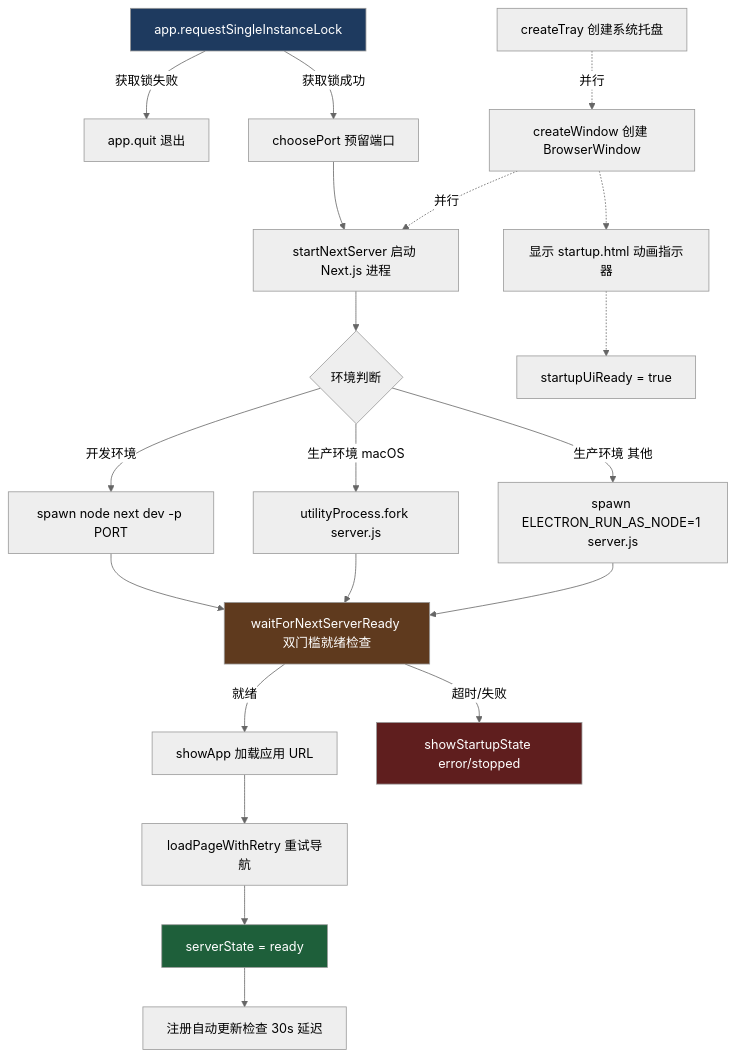
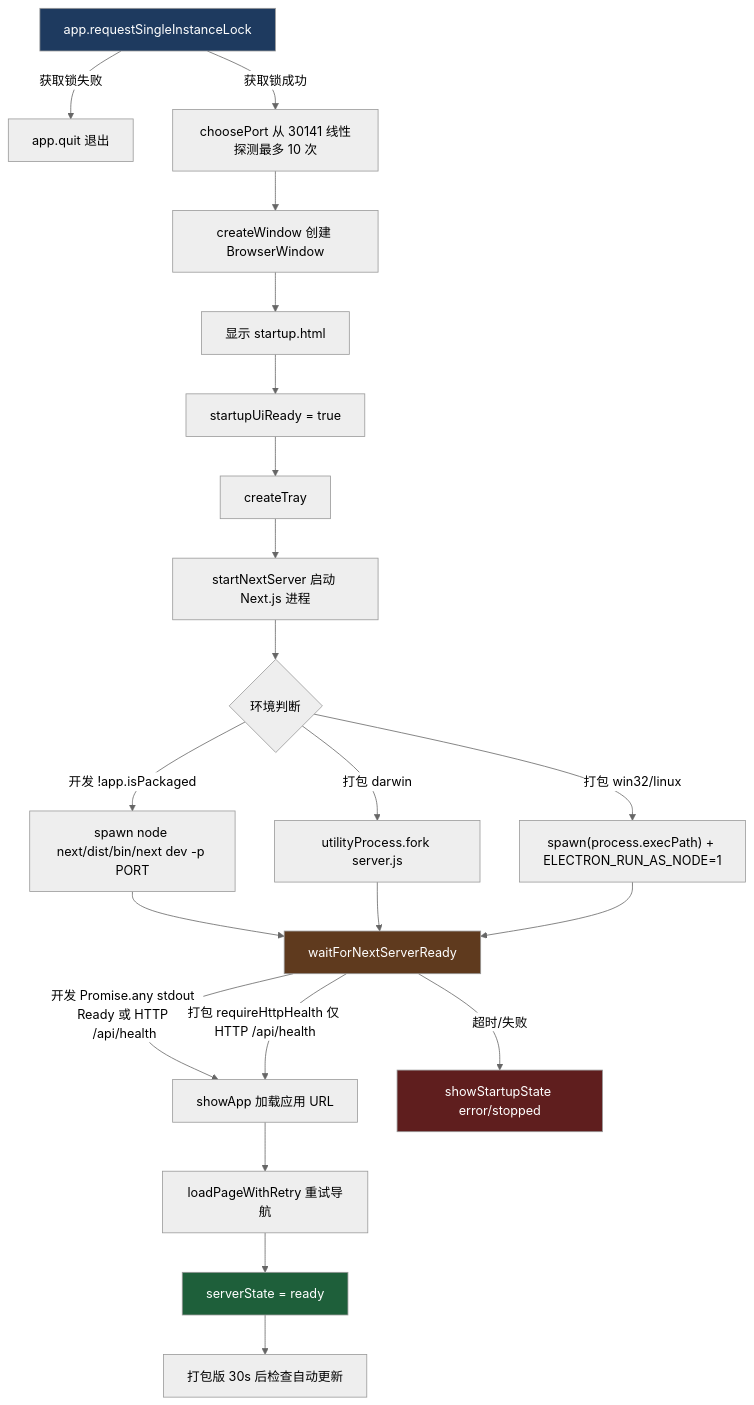
Before and after one commit to Chasen-Liao/pi-agent-desktop: the diagram in .zread/wiki/versions/2026-10-06-001245/10-electron-zhu-jin-cheng-qi-dong-lian-yu-shuang-men-jian-jiu-xu-jian-cha.md, drawn with Mermaid (neutral theme). The commit also changed other lines of this file and 29 other files, not shown here.

First line of the commit message:
docs(wiki): align zread wiki with main architecture

````diff
--- a/.zread/wiki/versions/2026-10-06-001245/10-electron-zhu-jin-cheng-qi-dong-lian-yu-shuang-men-jian-jiu-xu-jian-cha.md
+++ b/.zread/wiki/versions/2026-10-06-001245/10-electron-zhu-jin-cheng-qi-dong-lian-yu-shuang-men-jian-jiu-xu-jian-cha.md
@@ -9,29 +9,28 @@
 ```mermaid
 flowchart TD
     A[app.requestSingleInstanceLock] -->|获取锁失败| B[app.quit 退出]
-    A -->|获取锁成功| C[choosePort 预留端口]
-    C --> D[startNextServer 启动 Next.js 进程]
+    A -->|获取锁成功| C[choosePort 从 30141 线性探测最多 10 次]
+    C --> O[createWindow 创建 BrowserWindow]
+    O --> P[显示 startup.html]
+    P --> Q[startupUiReady = true]
+    Q --> R[createTray]
+    R --> D[startNextServer 启动 Next.js 进程]
     D --> E{环境判断}
-    E -->|开发环境| F[spawn node next dev -p PORT]
-    E -->|生产环境 macOS| G[utilityProcess.fork server.js]
-    E -->|生产环境 其他| H[spawn ELECTRON_RUN_AS_NODE=1 server.js]
-    F --> I[waitForNextServerReady 双门槛就绪检查]
+    E -->|开发 !app.isPackaged| F[spawn node next/dist/bin/next dev -p PORT]
+    E -->|打包 darwin| G[utilityProcess.fork server.js]
+    E -->|打包 win32/linux| H["spawn(process.execPath) + ELECTRON_RUN_AS_NODE=1"]
+    F --> I[waitForNextServerReady]
     G --> I
     H --> I
-    I -->|就绪| J[showApp 加载应用 URL]
+    I -->|开发 Promise.any stdout Ready 或 HTTP /api/health| J[showApp 加载应用 URL]
+    I -->|打包 requireHttpHealth 仅 HTTP /api/health| J
     I -->|超时/失败| K[showStartupState error/stopped]
     J --> L[loadPageWithRetry 重试导航]
     L --> M[serverState = ready]
-    M --> N[注册自动更新检查 30s 延迟]
-    
-    O[createWindow 创建 BrowserWindow] -.->|并行| D
-    O -.-> P[显示 startup.html 动画指示器]
-    P -.-> Q[startupUiReady = true]
-    
-    R[createTray 创建系统托盘] -.->|并行| O
+    M --> N[打包版 30s 后检查自动更新]
     
     style A fill:#1e3a5f,color:#fff
     style I fill:#5f3a1e,color:#fff
     style M fill:#1e5f3a,color:#fff
     style K fill:#5f1e1e,color:#fff
 ```
````
